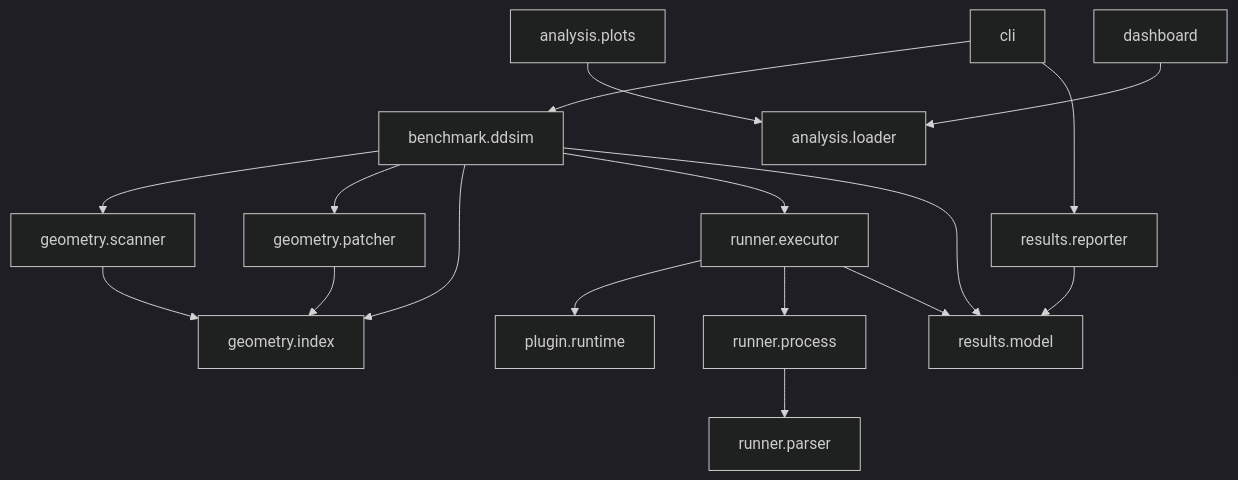
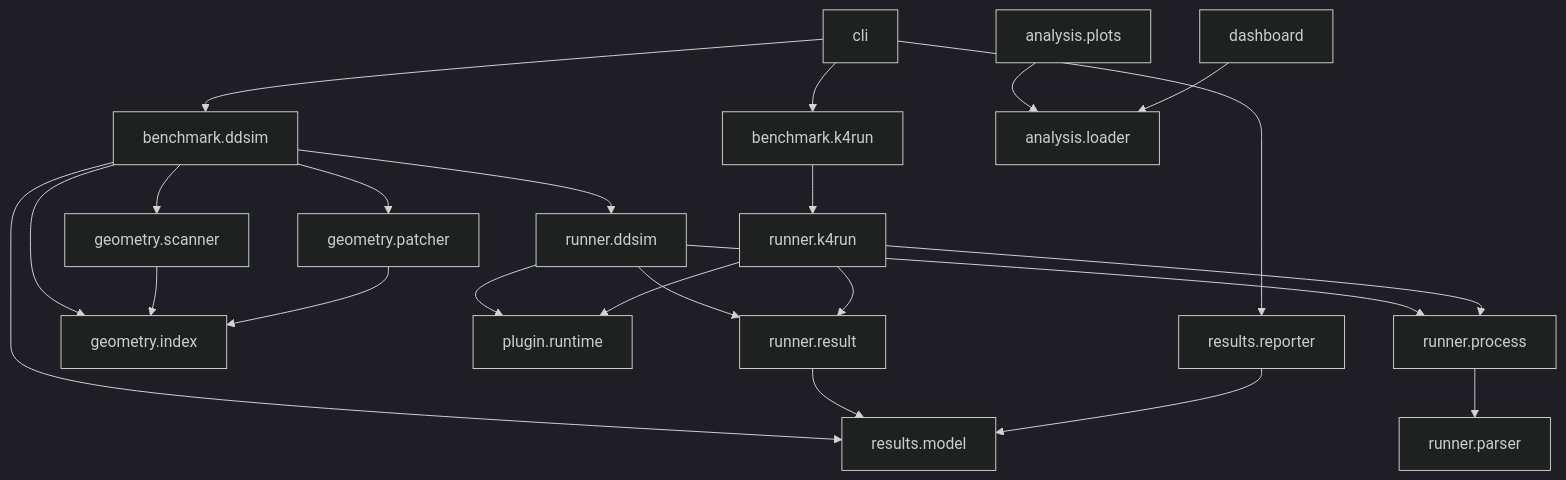
The second of 2 diagrams in docs/architecture/component-diagrams.md (key4hep/k4Bench), drawn with Mermaid (dark theme) before and after one commit. The commit also changed 41 other files, not shown here.

Commit message:
feat(benchmark): add k4bench k4run to benchmark k4run jobs and their variants (#216)

````diff
--- a/docs/architecture/component-diagrams.md
+++ b/docs/architecture/component-diagrams.md
@@ -51,19 +51,25 @@
 ```mermaid
 flowchart TD
     cli[cli] --> ddsim[benchmark.ddsim]
     cli --> reporter[results.reporter]
     ddsim --> scanner[geometry.scanner]
     ddsim --> patcher[geometry.patcher]
     ddsim --> index[geometry.index]
-    ddsim --> executor[runner.executor]
+    cli --> k4run[benchmark.k4run]
+    ddsim --> runddsim[runner.ddsim]
     ddsim --> model[results.model]
+    k4run --> runk4run[runner.k4run]
     scanner --> index
     patcher --> index
-    executor --> runtime[plugin.runtime]
-    executor --> process[runner.process]
+    runddsim --> runtime[plugin.runtime]
+    runk4run --> runtime
+    runddsim --> result[runner.result]
+    runk4run --> result
+    runddsim --> process[runner.process]
+    runk4run --> process
     process --> parser[runner.parser]
-    executor --> model
+    result --> model
     reporter --> model
     plots[analysis.plots] --> loader[analysis.loader]
     dash[dashboard] --> loader
 ```
````
